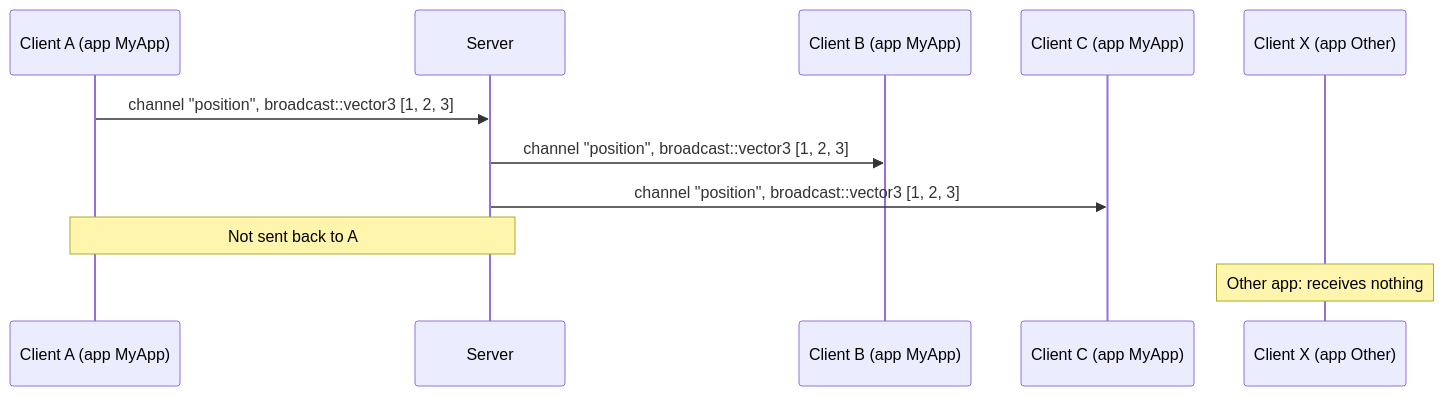
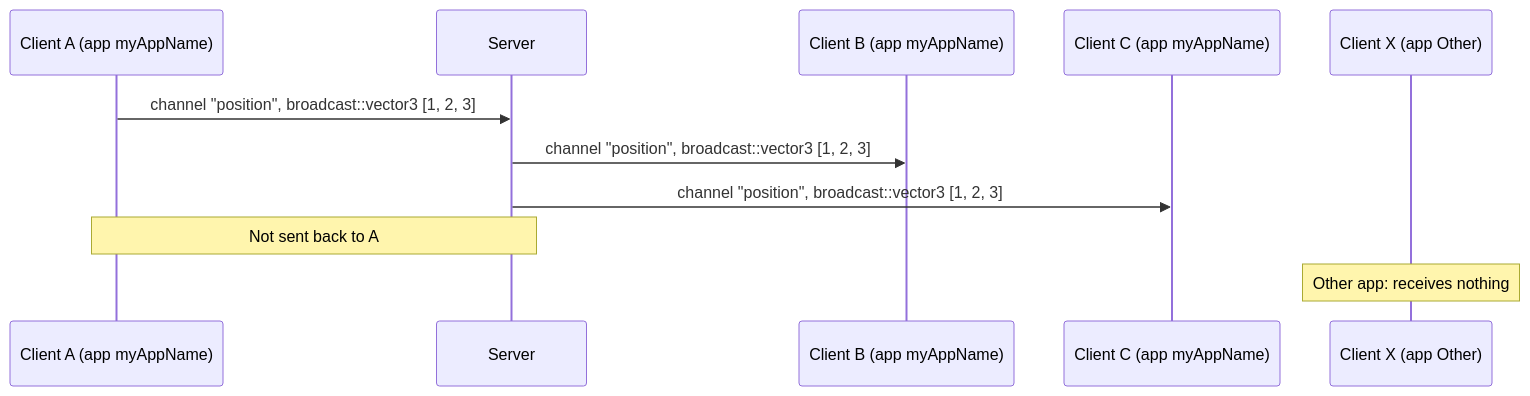
One commit to hcigroupkonstanz/Colibri changed the second of 4 diagrams in docs/docs/server/protocol.md. Above: the diagram before and after it, drawn with Mermaid. The commit also changed other lines of this file and 8 other files, not shown here.

First line of the commit message:
docs: use the app name myAppName in every example

````diff
--- a/docs/docs/server/protocol.md
+++ b/docs/docs/server/protocol.md
@@ -75,13 +75,13 @@
 ```mermaid
 sequenceDiagram
-    participant A as Client A (app MyApp)
+    participant A as Client A (app myAppName)
     participant S as Server
-    participant B as Client B (app MyApp)
-    participant C as Client C (app MyApp)
+    participant B as Client B (app myAppName)
+    participant C as Client C (app myAppName)
     participant X as Client X (app Other)
     A->>S: channel "position", broadcast::vector3 [1, 2, 3]
     S->>B: channel "position", broadcast::vector3 [1, 2, 3]
     S->>C: channel "position", broadcast::vector3 [1, 2, 3]
     Note over A,S: Not sent back to A
     Note over X: Other app: receives nothing
 ```
````
